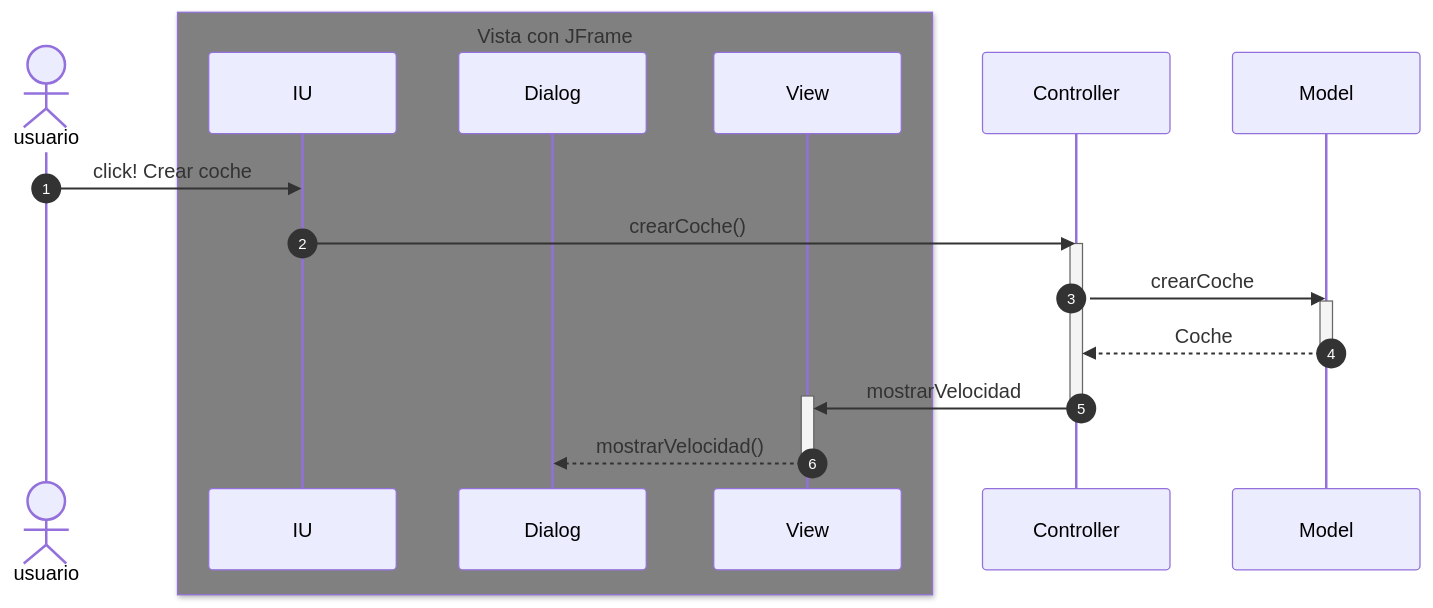
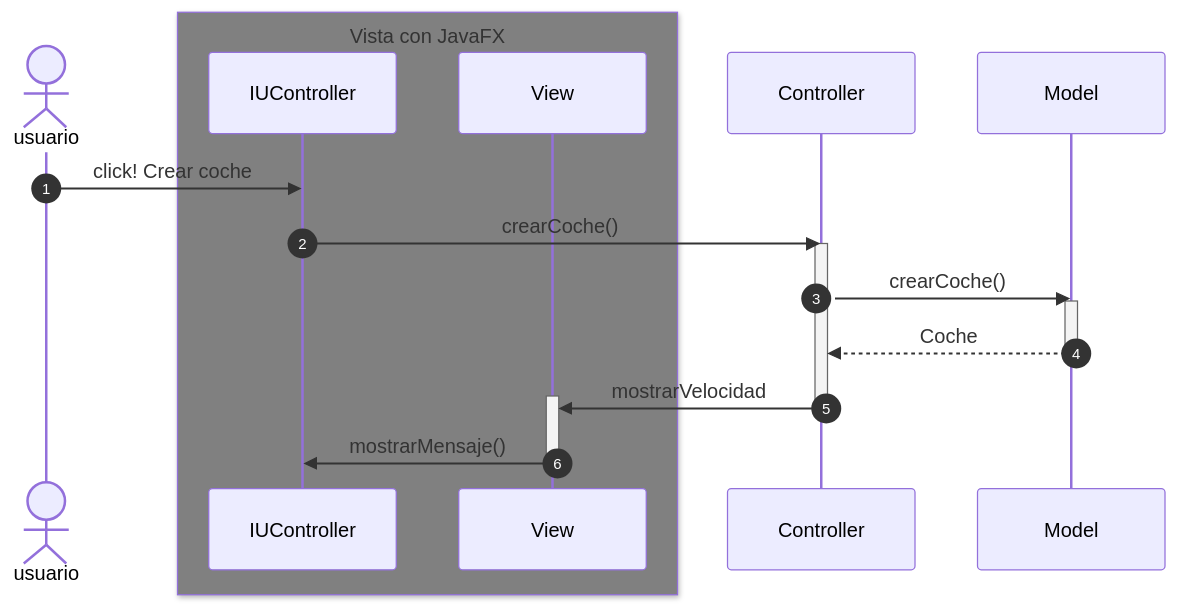
The third of 3 diagrams in Readme.md (ilopezbrion/MVC_coches_observer), drawn with Mermaid before and after one commit. The commit also changed other lines of this file and 3 other files, not shown here.

````diff
--- a/Readme.md
+++ b/Readme.md
@@ -75,24 +88,23 @@
 ```mermaid
 sequenceDiagram
     autonumber
     actor usuario
-    box gray Vista con JFrame
-        participant IU
-        participant Dialog
+    box gray Vista con JavaFX
+        participant IUController
         participant View
         end
         
     participant Controller
     participant Model
 
-    usuario->>IU: click! Crear coche
-    IU->>Controller: crearCoche()
+    usuario->>IUController: click! Crear coche
+    IUController->>Controller: crearCoche()
     activate Controller
-    Controller->>Model: crearCoche
+    Controller->>Model: crearCoche()
     activate Model
     Model-->>Controller: Coche
     deactivate Model
     Controller->>+View: mostrarVelocidad
     deactivate Controller
-    View-->>-Dialog: mostrarVelocidad()
+    View->>-IUController: mostrarMensaje()
 ```
````
